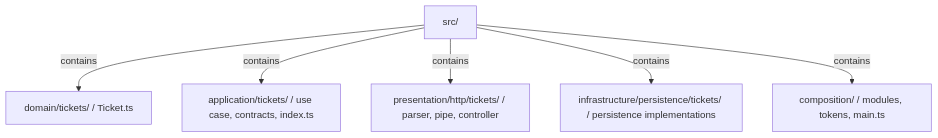
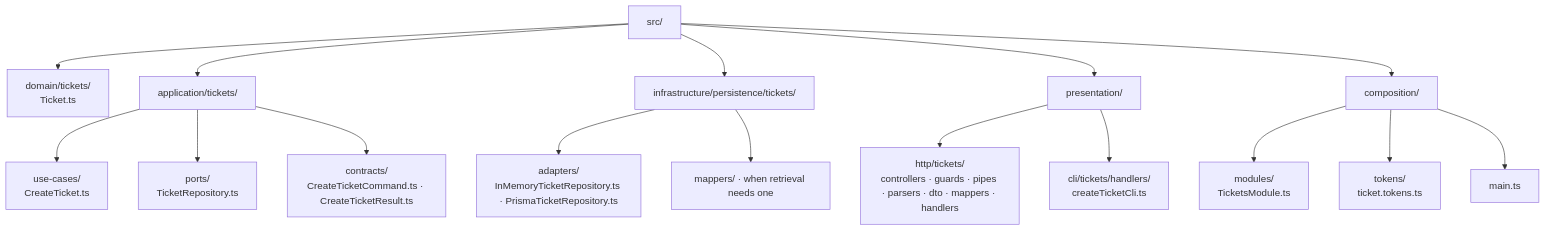
Before and after one commit to AndresTaoFlorez/software-architecture: the first of 2 diagrams in backend/4-create-ticket-with-nestjs.md, drawn with Mermaid. The commit also changed other lines of this file and 43 other files, not shown here.

````diff
--- a/backend/4-create-ticket-with-nestjs.md
+++ b/backend/4-create-ticket-with-nestjs.md
@@ -15,8 +17,18 @@
 ```mermaid
 flowchart TD
-    S["src/"] -->|"contains"| D["domain/tickets/ / Ticket.ts"]
-    S -->|"contains"| A["application/tickets/ / use case, contracts, index.ts"]
-    S -->|"contains"| H["presentation/http/tickets/ / parser, pipe, controller"]
-    S -->|"contains"| I["infrastructure/persistence/tickets/ / persistence implementations"]
-    S -->|"contains"| C["composition/ / modules, tokens, main.ts"]
+    S["src/"] --> D["domain/tickets/<br/>Ticket.ts"]
+    S --> A["application/tickets/"]
+    S --> I["infrastructure/persistence/tickets/"]
+    S --> P["presentation/"]
+    S --> C["composition/"]
+    A --> U["use-cases/<br/>CreateTicket.ts"]
+    A --> AP["ports/<br/>TicketRepository.ts"]
+    A --> AC["contracts/<br/>CreateTicketCommand.ts · CreateTicketResult.ts"]
+    I --> IA["adapters/<br/>InMemoryTicketRepository.ts · PrismaTicketRepository.ts"]
+    I --> IM["mappers/ · when retrieval needs one"]
+    P --> H["http/tickets/<br/>controllers · guards · pipes · parsers · dto · mappers · handlers"]
+    P --> CLI["cli/tickets/handlers/<br/>createTicketCli.ts"]
+    C --> CM["modules/<br/>TicketsModule.ts"]
+    C --> CT["tokens/<br/>ticket.tokens.ts"]
+    C --> MAIN["main.ts"]
 ```
````
